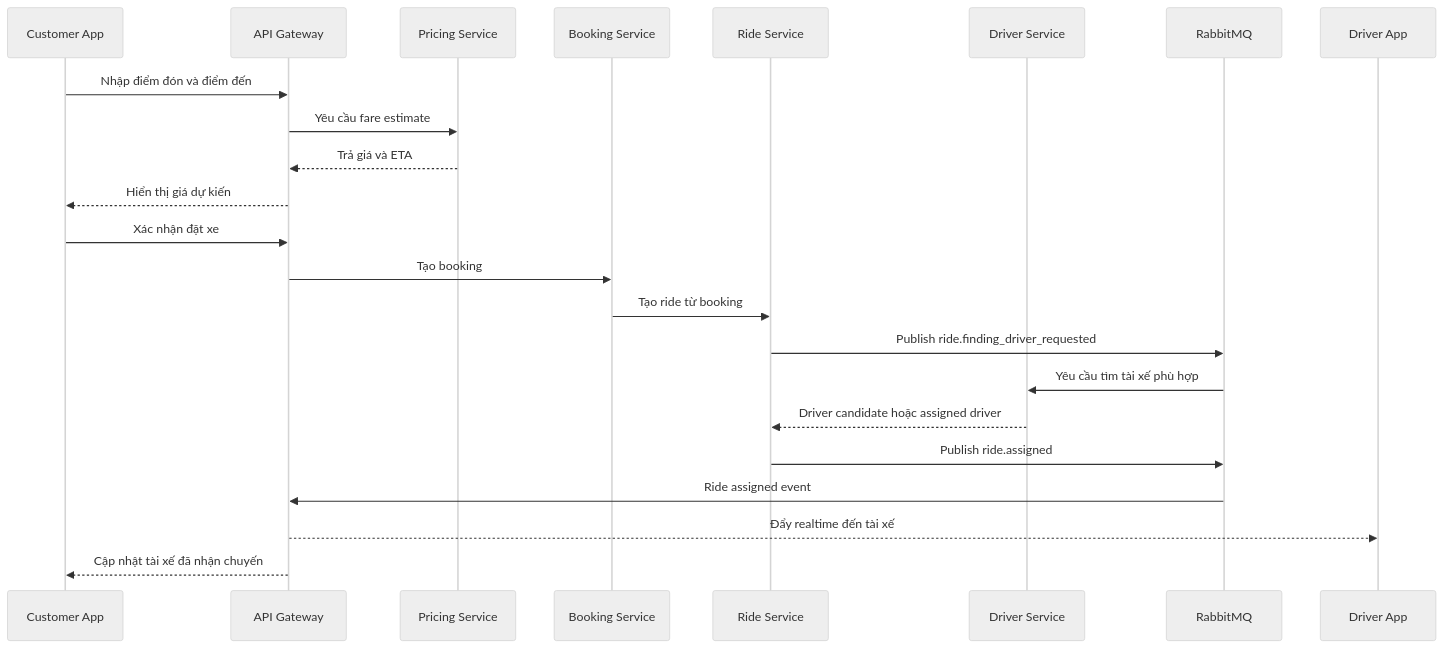
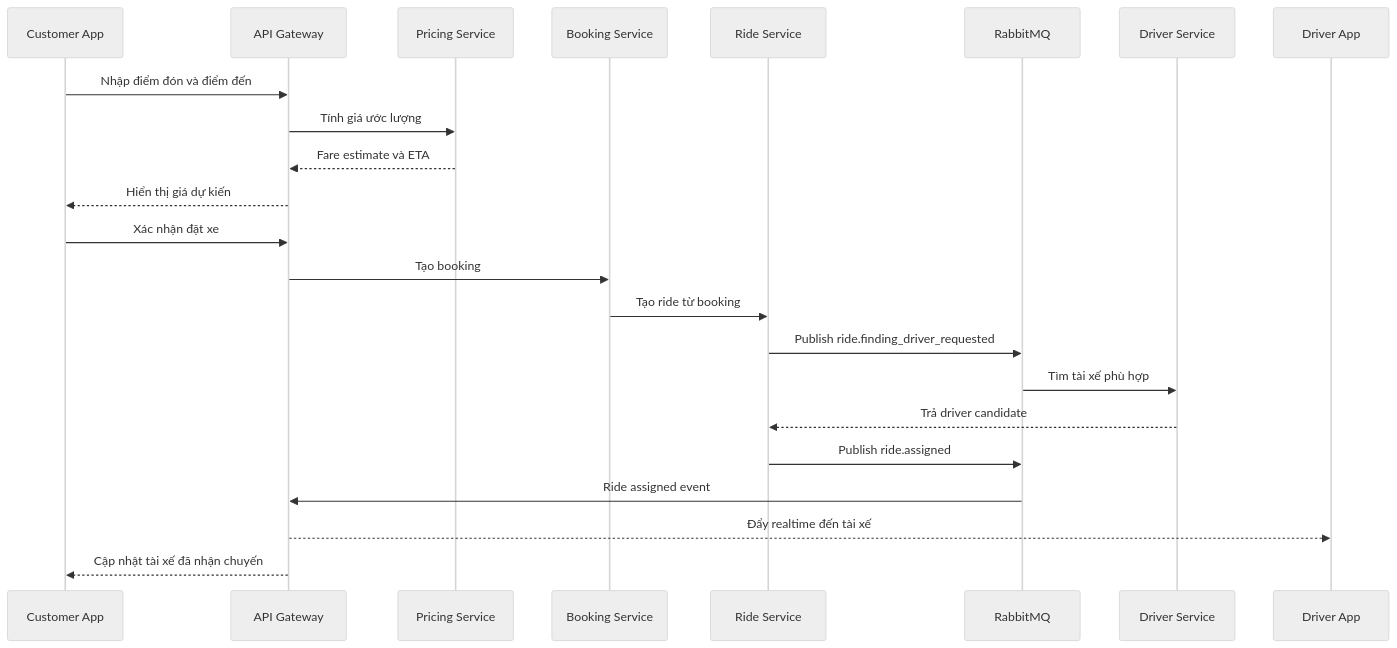
Before and after one commit to foxxiee04/Cab-Booking-System-Project: diagram 16 of 20 in .doc/phantichthietkehethong.md, drawn with Mermaid (neutral theme). The commit also changed other lines of this file, not shown here.

````diff
--- a/.doc/phantichthietkehethong.md
+++ b/.doc/phantichthietkehethong.md
@@ -786,27 +1287,27 @@
 ```mermaid
 sequenceDiagram
     participant C as Customer App
     participant G as API Gateway
     participant P as Pricing Service
     participant B as Booking Service
     participant R as Ride Service
+    participant MQ as RabbitMQ
     participant D as Driver Service
-    participant MQ as RabbitMQ
     participant DA as Driver App
 
     C->>G: Nhập điểm đón và điểm đến
-    G->>P: Yêu cầu fare estimate
-    P-->>G: Trả giá và ETA
+    G->>P: Tính giá ước lượng
+    P-->>G: Fare estimate và ETA
     G-->>C: Hiển thị giá dự kiến
 
     C->>G: Xác nhận đặt xe
     G->>B: Tạo booking
     B->>R: Tạo ride từ booking
     R->>MQ: Publish ride.finding_driver_requested
-    MQ->>D: Yêu cầu tìm tài xế phù hợp
-    D-->>R: Driver candidate hoặc assigned driver
+    MQ->>D: Tìm tài xế phù hợp
+    D-->>R: Trả driver candidate
     R->>MQ: Publish ride.assigned
     MQ->>G: Ride assigned event
     G-->>DA: Đẩy realtime đến tài xế
     G-->>C: Cập nhật tài xế đã nhận chuyến
 ```
````
